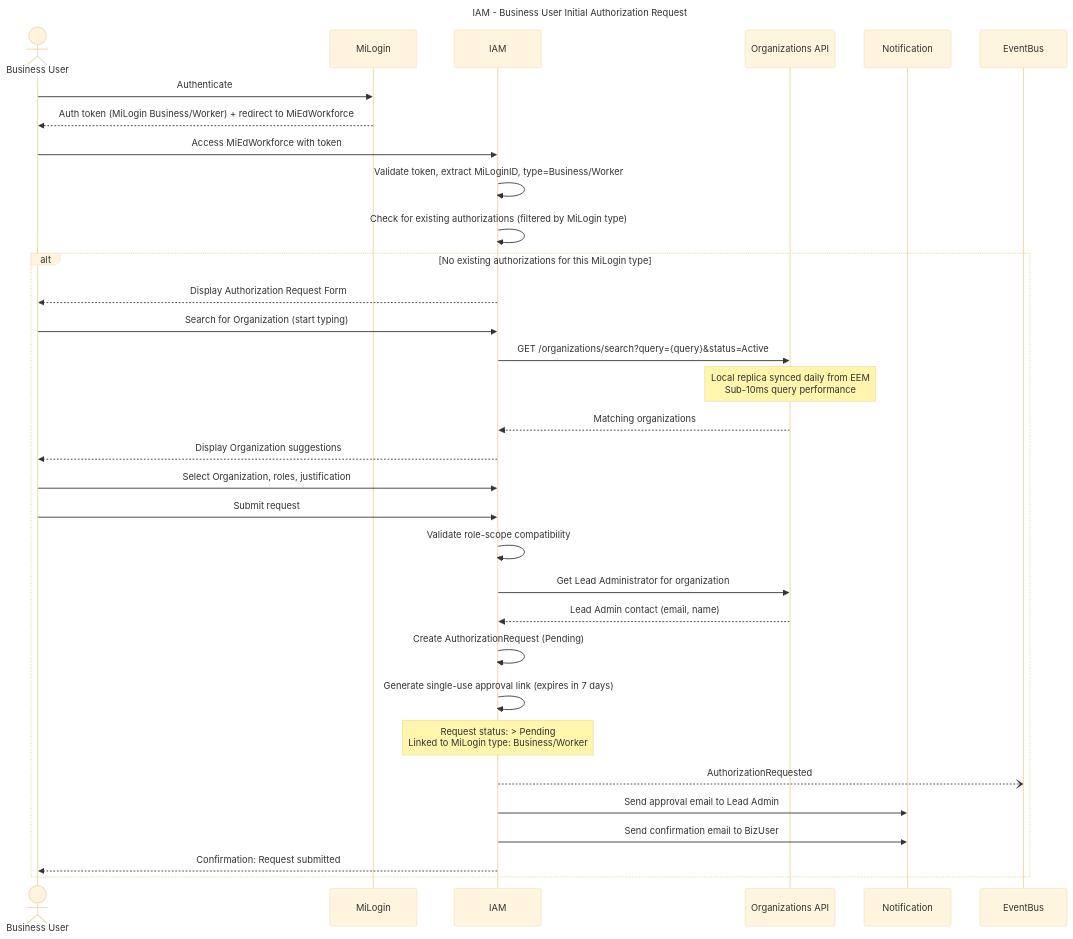
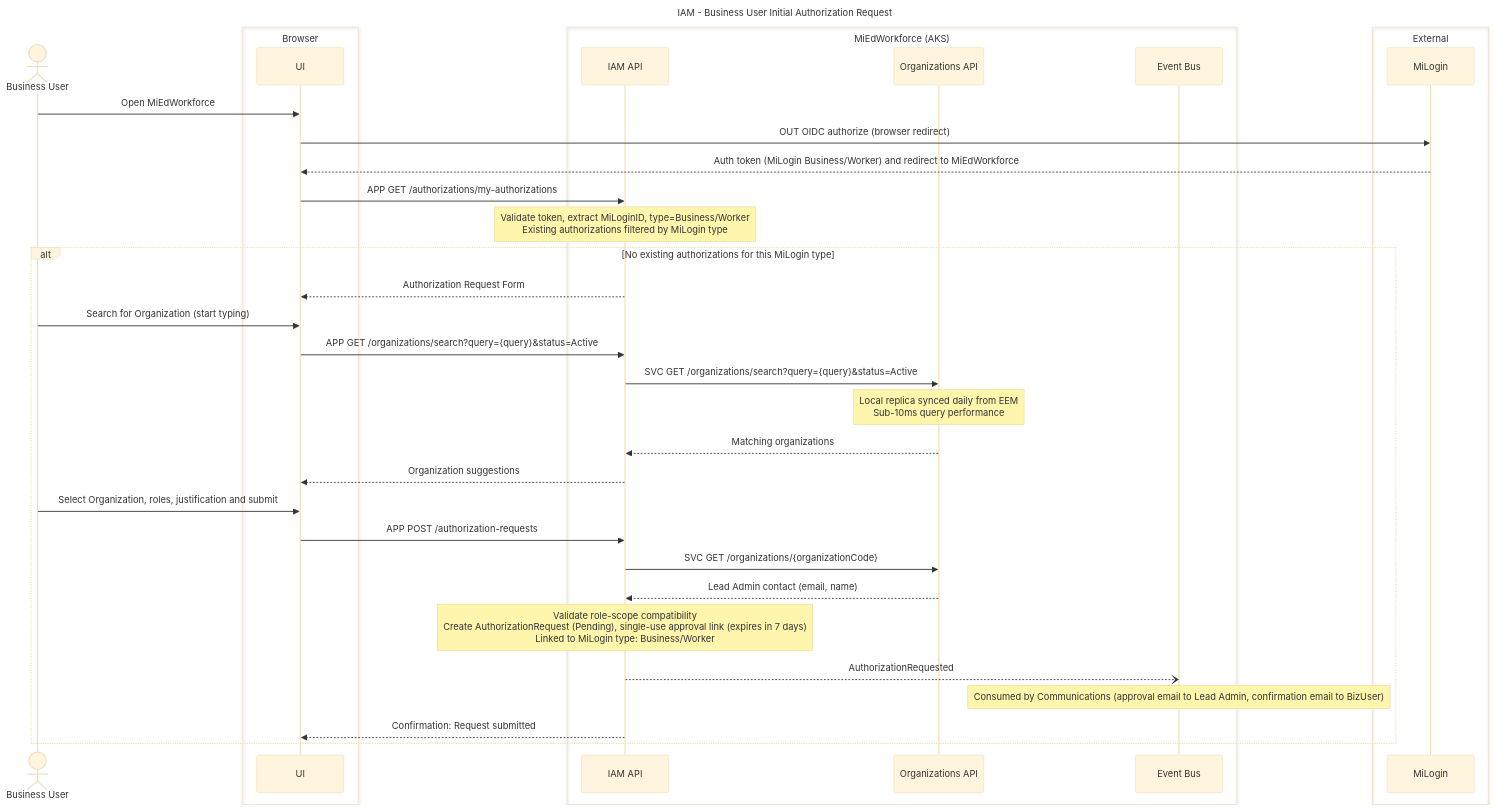
Before and after one commit to mnichols-dl/mied-design: the third of 23 diagrams in working-docs/solution-areas/iam/iam-sequences.md, drawn with Mermaid (base theme). The commit also changed other lines of this file and 34 other files, not shown here.

Commit message:
Update sequences and perform RTM assessment

````diff
--- a/working-docs/solution-areas/iam/iam-sequences.md
+++ b/working-docs/solution-areas/iam/iam-sequences.md
@@ -104,47 +146,48 @@
 ```mermaid
 ---
 title: IAM - Business User Initial Authorization Request
 ---
 sequenceDiagram
     actor BizUser as Business User
+    box Browser
+    participant UI
+    end
+    box MiEdWorkforce (AKS)
+    participant IamApi as IAM API
+    participant OrgsApi as Organizations API
+    participant EventBus as Event Bus
+    end
+    box External
     participant MiLogin
-    participant IAM
-    participant OrgsAPI as Organizations API
-    participant Notification
-    participant EventBus
-    
-    BizUser->>MiLogin: Authenticate
-    MiLogin-->>BizUser: Auth token (MiLogin Business/Worker) + redirect to MiEdWorkforce
-    
-    BizUser->>IAM: Access MiEdWorkforce with token
-    IAM->>IAM: Validate token, extract MiLoginID, type=Business/Worker
-    IAM->>IAM: Check for existing authorizations (filtered by MiLogin type)
-    
+    end
+
+    BizUser->>UI: Open MiEdWorkforce
+    UI->>MiLogin: OUT OIDC authorize (browser redirect)
+    MiLogin-->>UI: Auth token (MiLogin Business/Worker) and redirect to MiEdWorkforce
+
+    UI->>IamApi: APP GET /authorizations/my-authorizations
+    Note over IamApi: Validate token, extract MiLoginID, type=Business/Worker<br/>Existing authorizations filtered by MiLogin type
+
     alt No existing authorizations for this MiLogin type
-        IAM-->>BizUser: Display Authorization Request Form
-        
-        BizUser->>IAM: Search for Organization (start typing)
-        IAM->>OrgsAPI: GET /organizations/search?query={query}&status=Active
-        Note over OrgsAPI: Local replica synced daily from EEM<br/>Sub-10ms query performance
-        OrgsAPI-->>IAM: Matching organizations
-        IAM-->>BizUser: Display Organization suggestions
-        
-        BizUser->>IAM: Select Organization, roles, justification
-        BizUser->>IAM: Submit request
-        
-        IAM->>IAM: Validate role-scope compatibility
-        IAM->>OrgsAPI: Get Lead Administrator for organization
-        OrgsAPI-->>IAM: Lead Admin contact (email, name)
-        
-        IAM->>IAM: Create AuthorizationRequest (Pending)
-        IAM->>IAM: Generate single-use approval link (expires in 7 days)
-        
-        Note over IAM: Request status: > Pending<br/>Linked to MiLogin type: Business/Worker
-        
-        IAM--)EventBus: AuthorizationRequested
-        IAM->>Notification: Send approval email to Lead Admin
-        IAM->>Notification: Send confirmation email to BizUser
-        
-        IAM-->>BizUser: Confirmation: Request submitted
+        IamApi-->>UI: Authorization Request Form
+
+        BizUser->>UI: Search for Organization (start typing)
+        UI->>IamApi: APP GET /organizations/search?query={query}&status=Active
+        IamApi->>OrgsApi: SVC GET /organizations/search?query={query}&status=Active
+        Note over OrgsApi: Local replica synced daily from EEM<br/>Sub-10ms query performance
+        OrgsApi-->>IamApi: Matching organizations
+        IamApi-->>UI: Organization suggestions
+
+        BizUser->>UI: Select Organization, roles, justification and submit
+        UI->>IamApi: APP POST /authorization-requests
+        IamApi->>OrgsApi: SVC GET /organizations/{organizationCode}
+        OrgsApi-->>IamApi: Lead Admin contact (email, name)
+
+        Note over IamApi: Validate role-scope compatibility<br/>Create AuthorizationRequest (Pending), single-use approval link (expires in 7 days)<br/>Linked to MiLogin type: Business/Worker
+
+        IamApi--)EventBus: AuthorizationRequested
+        Note over EventBus: Consumed by Communications (approval email to Lead Admin, confirmation email to BizUser)
+
+        IamApi-->>UI: Confirmation: Request submitted
     end
 ```
````
